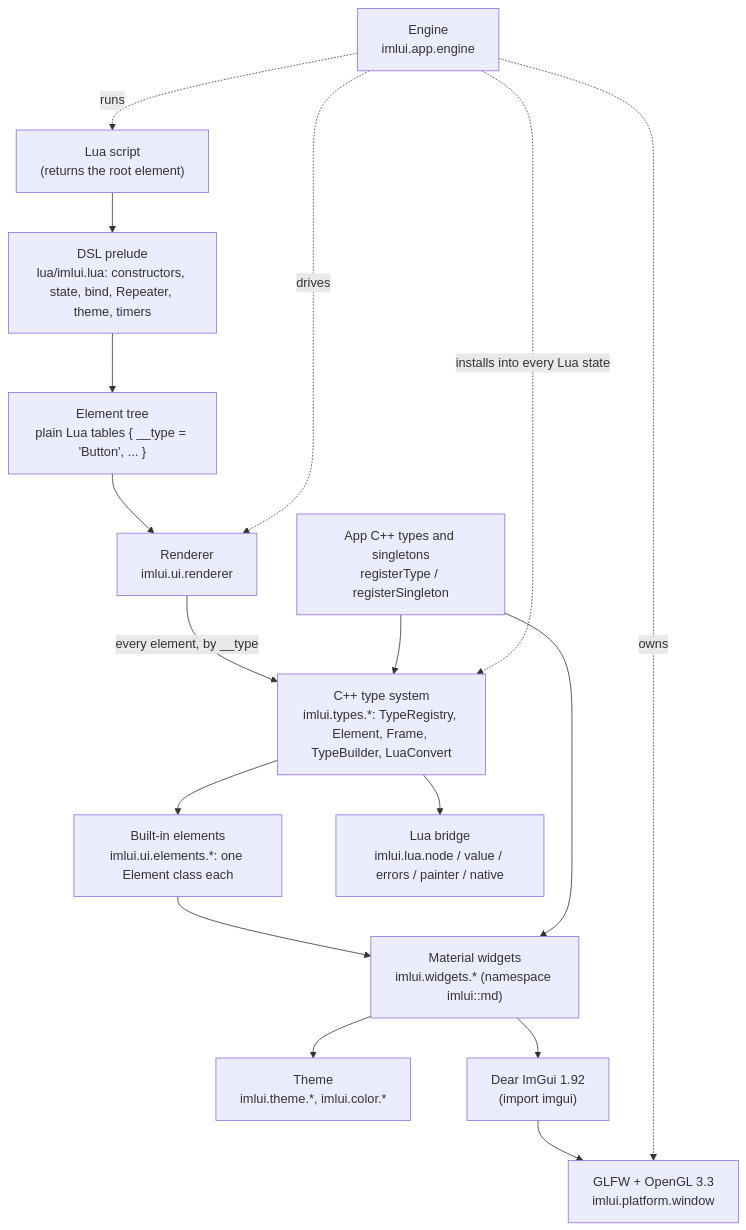
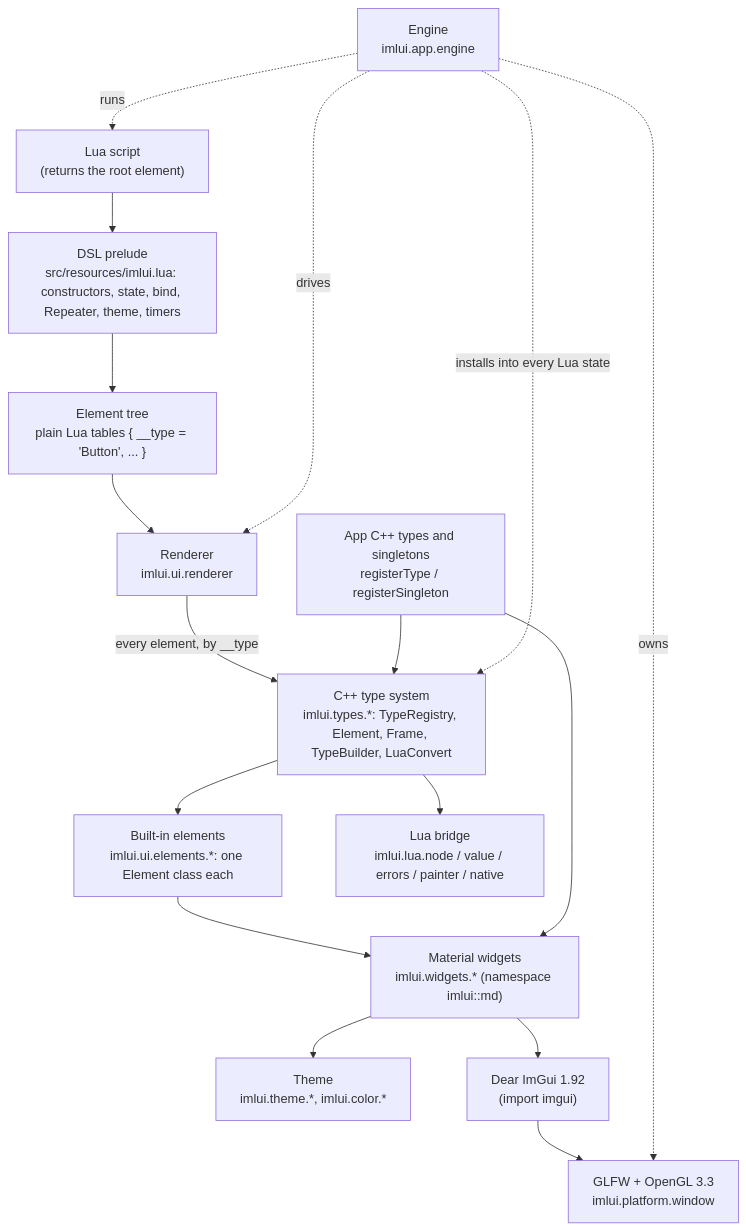
Before and after one commit to MyJules/imlui: the diagram in docs/architecture.md, drawn with Mermaid. The commit also changed other lines of this file and 26 other files, not shown here.

First line of the commit message:
Targets in src/CMakeLists.txt, resources in src/resources/

````diff
--- a/docs/architecture.md
+++ b/docs/architecture.md
@@ -5,19 +5,19 @@
 ```mermaid
 flowchart TD
-    S["Lua script<br/>(returns the root element)"] --> P["DSL prelude<br/>lua/imlui.lua: constructors, state, bind, Repeater, theme, timers"]
+    S["Lua script<br/>(returns the root element)"] --> P["DSL prelude<br/>src/resources/imlui.lua: constructors, state, bind, Repeater, theme, timers"]
     P --> T["Element tree<br/>plain Lua tables { __type = 'Button', ... }"]
     T --> R["Renderer<br/>imlui.ui.renderer"]
     R -->|"every element, by __type"| TY["C++ type system<br/>imlui.types.*: TypeRegistry, Element, Frame, TypeBuilder, LuaConvert"]
     TY --> EL["Built-in elements<br/>imlui.ui.elements.*: one Element class each"]
     C["App C++ types and singletons<br/>registerType / registerSingleton"] --> TY
     EL --> W["Material widgets<br/>imlui.widgets.* (namespace imlui::md)"]
     TY --> N["Lua bridge<br/>imlui.lua.node / value / errors / painter / native"]
     C --> W
     W --> TH["Theme<br/>imlui.theme.*, imlui.color.*"]
     W --> I["Dear ImGui 1.92<br/>(import imgui)"]
     I --> G["GLFW + OpenGL 3.3<br/>imlui.platform.window"]
     E["Engine<br/>imlui.app.engine"] -.owns.-> G
     E -.runs.-> S
     E -.drives.-> R
     E -.installs into every Lua state.-> TY
 ```
````
